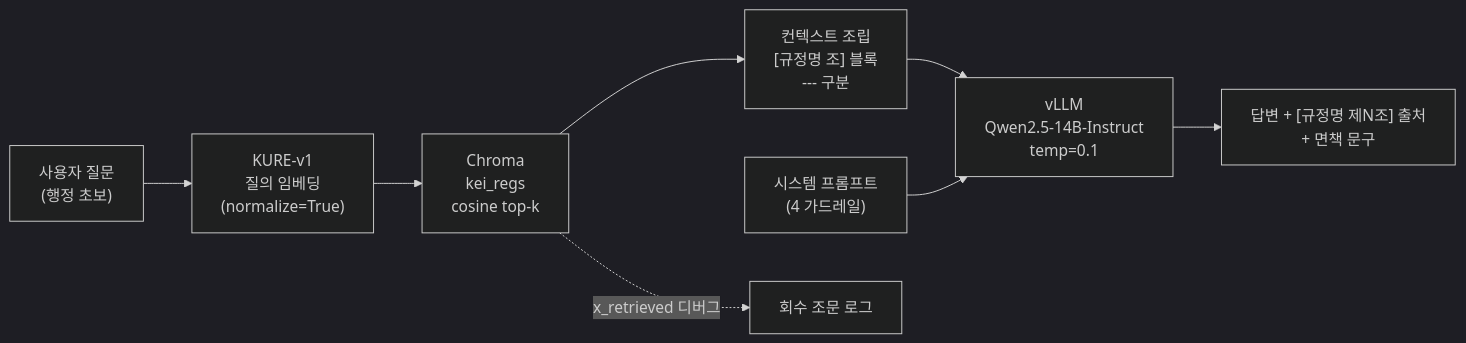
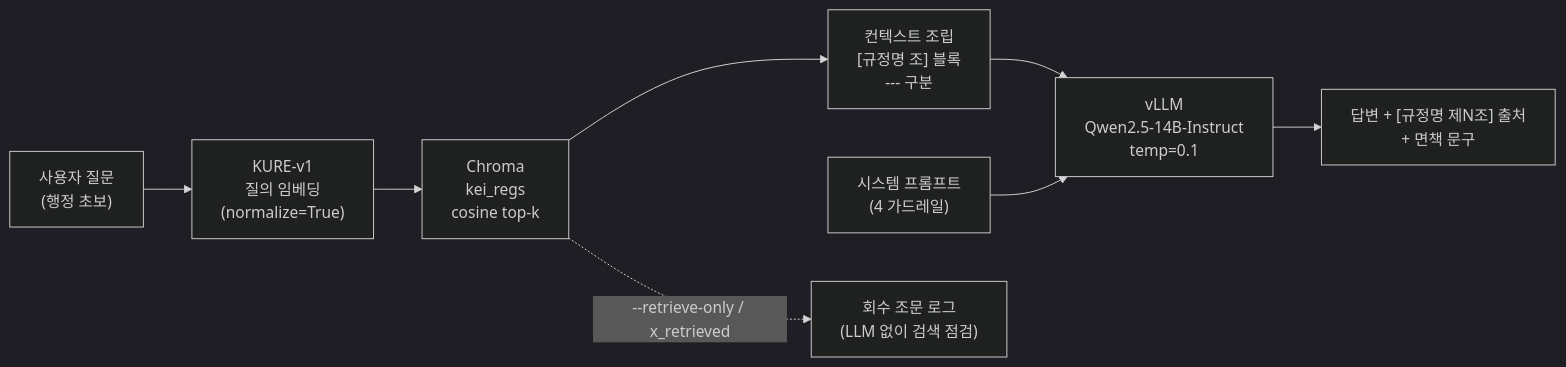
The first of 3 diagrams in docs/05-rag-design.md (mooner92/KEIAdminSuperv), drawn with Mermaid (dark theme) before and after one commit. The commit also changed other lines of this file and 9 other files, not shown here.

````diff
--- a/docs/05-rag-design.md
+++ b/docs/05-rag-design.md
@@ -14,10 +14,10 @@
 ```mermaid
 flowchart LR
   Q["사용자 질문<br/>(행정 초보)"] --> EMB["KURE-v1<br/>질의 임베딩<br/>(normalize=True)"]
   EMB --> CH["Chroma<br/>kei_regs<br/>cosine top-k"]
   CH --> CTX["컨텍스트 조립<br/>[규정명 조] 블록<br/>--- 구분"]
   CTX --> LLM["vLLM<br/>Qwen2.5-14B-Instruct<br/>temp=0.1"]
   SYS["시스템 프롬프트<br/>(4 가드레일)"] --> LLM
   LLM --> ANS["답변 + [규정명 제N조] 출처<br/>+ 면책 문구"]
-  CH -.->|x_retrieved 디버그| LOG["회수 조문 로그"]
+  CH -.->|--retrieve-only / x_retrieved| LOG["회수 조문 로그<br/>(LLM 없이 검색 점검)"]
 ```
````
